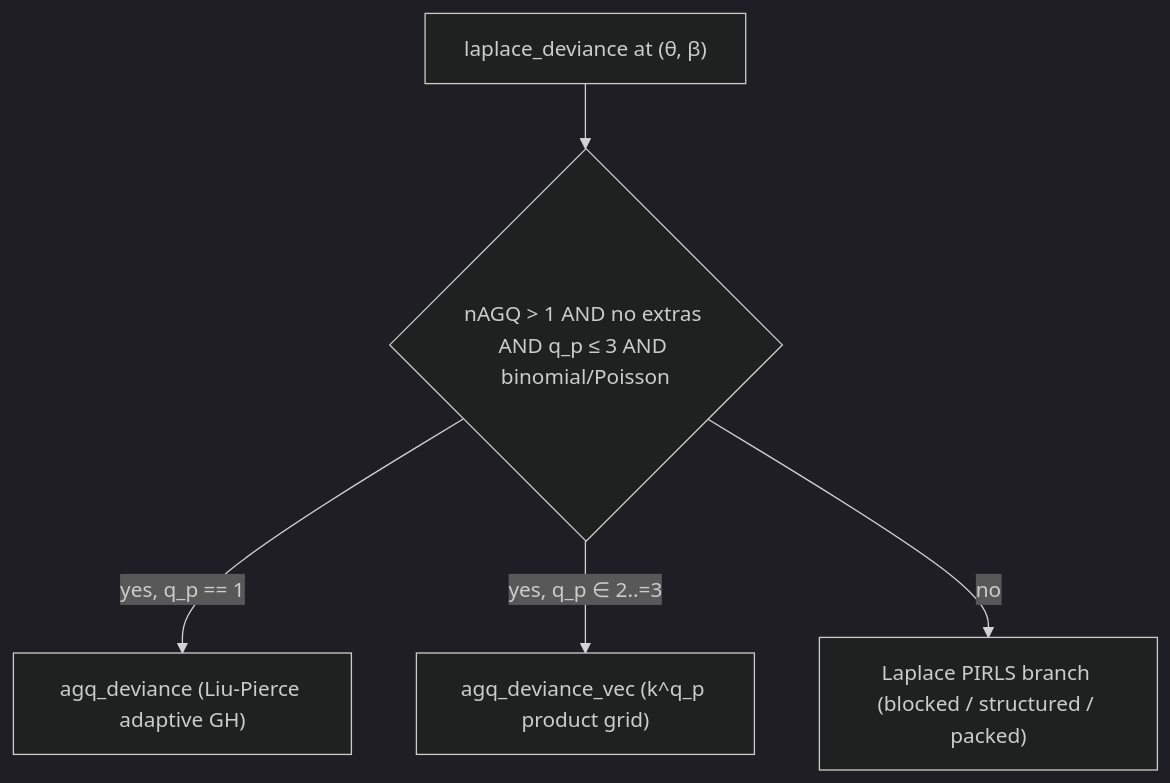
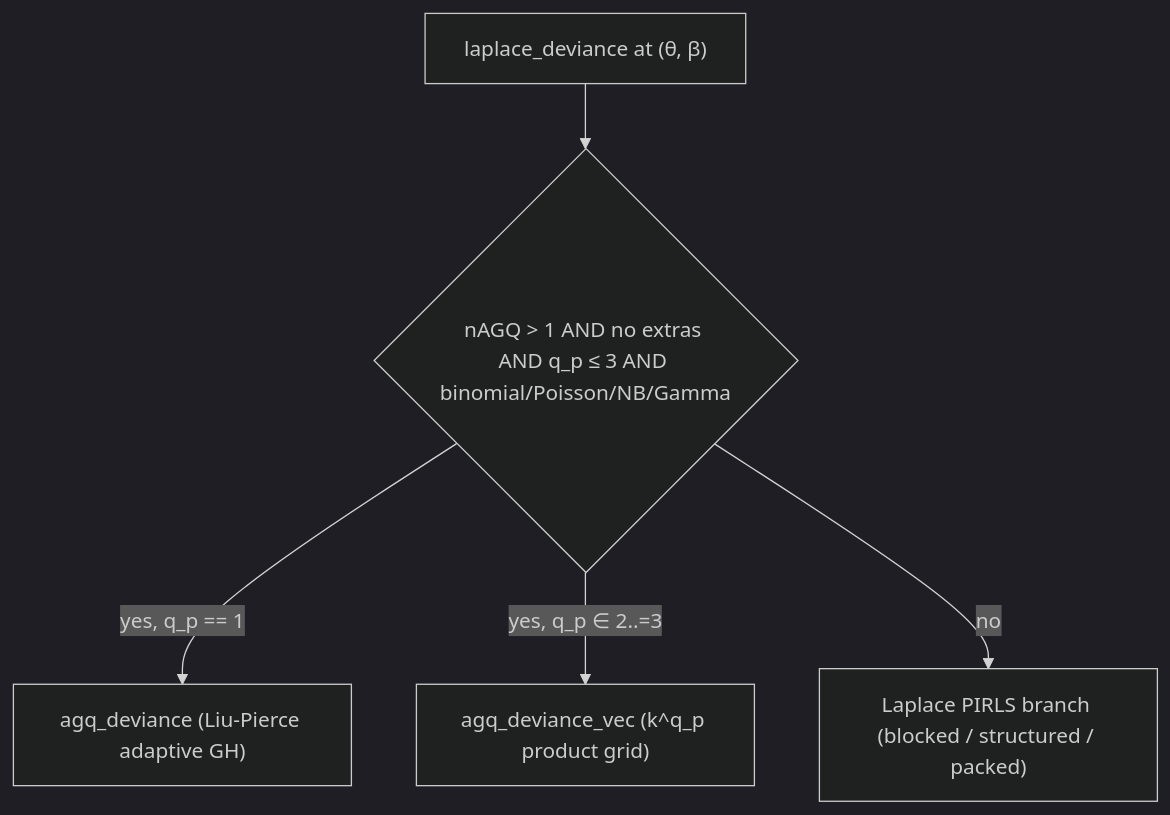
The second of 2 diagrams in documentation/algorithms-glmm.md (pawlenartowicz/glmm), drawn with Mermaid (dark theme) before and after one commit. The commit also changed other lines of this file and 322 other files, not shown here.

````diff
--- a/documentation/algorithms-glmm.md
+++ b/documentation/algorithms-glmm.md
@@ -280,7 +343,7 @@
 ```mermaid
 flowchart TD
-  A["laplace_deviance at (θ, β)"] --> B{"nAGQ > 1 AND no extras AND q_p ≤ 3 AND binomial/Poisson"}
+  A["laplace_deviance at (θ, β)"] --> B{"nAGQ > 1 AND no extras AND q_p ≤ 3 AND binomial/Poisson/NB/Gamma"}
   B -->|"yes, q_p == 1"| C["agq_deviance (Liu-Pierce adaptive GH)"]
   B -->|"yes, q_p ∈ 2..=3"| E["agq_deviance_vec (k^q_p product grid)"]
   B -->|no| D["Laplace PIRLS branch (blocked / structured / packed)"]
 ```
````
